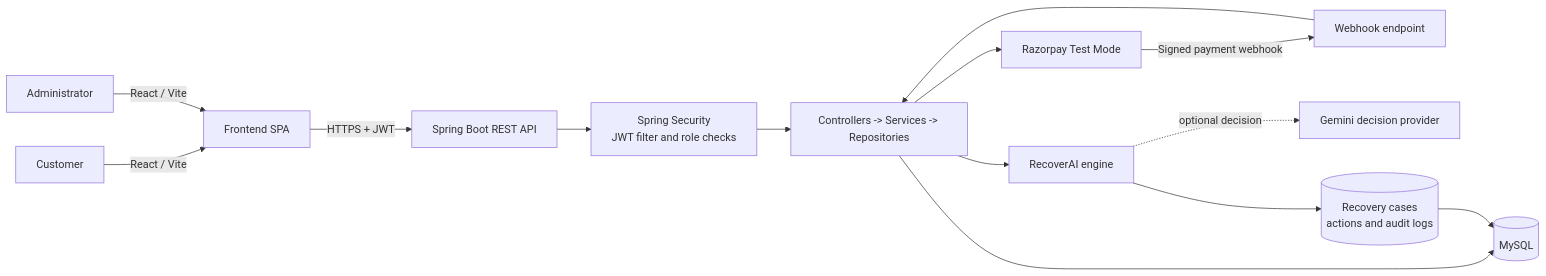
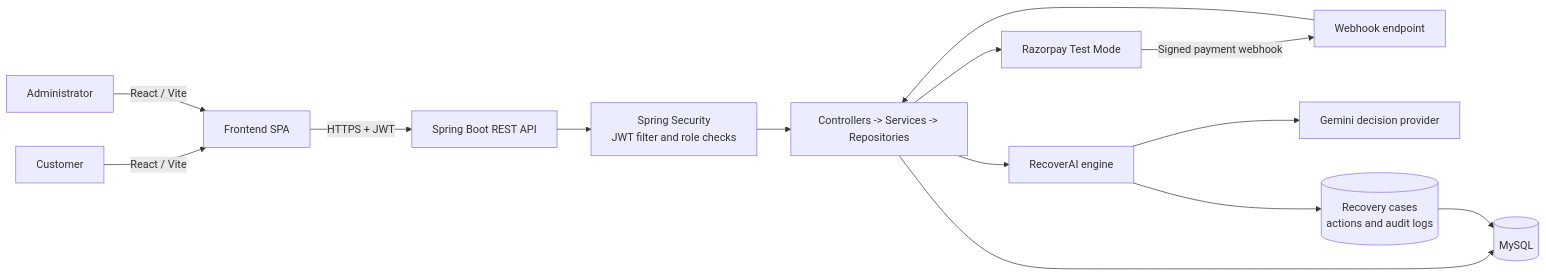
Before and after one commit to DevanshPandey1308/ML-Project: the first of 3 diagrams in README.md, drawn with Mermaid. The commit also changed other lines of this file, not shown here.

Commit message:
Rename project to NexCart with RecoverAI
Updated project name and clarified RecoverAI workflow.

````diff
--- a/README.md
+++ b/README.md
@@ -65,18 +65,18 @@
 ```mermaid
 flowchart LR
     Customer[Customer] -->|React / Vite| Frontend[Frontend SPA]
     Admin[Administrator] -->|React / Vite| Frontend
     Frontend -->|HTTPS + JWT| Api[Spring Boot REST API]
 
     Api --> Security[Spring Security<br/>JWT filter and role checks]
     Security --> Services[Controllers -> Services -> Repositories]
     Services --> Database[(MySQL)]
     Services --> Razorpay[Razorpay Test Mode]
     Razorpay -->|Signed payment webhook| Webhook[Webhook endpoint]
     Webhook --> Services
 
     Services --> RecoverAI[RecoverAI engine]
-    RecoverAI -. optional decision .-> Gemini[Gemini decision provider]
+    RecoverAI --> Gemini[Gemini decision provider]
     RecoverAI --> RecoveryData[(Recovery cases<br/>actions and audit logs)]
     RecoveryData --> Database
 ```
````
